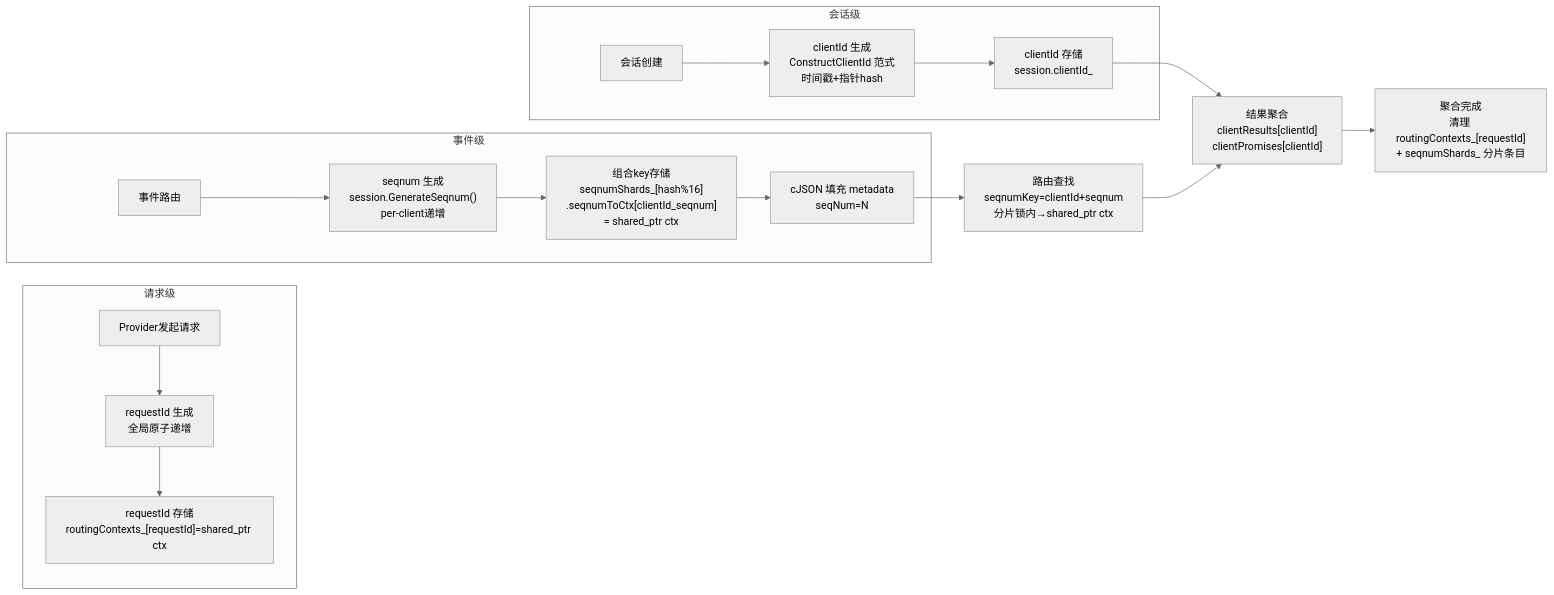
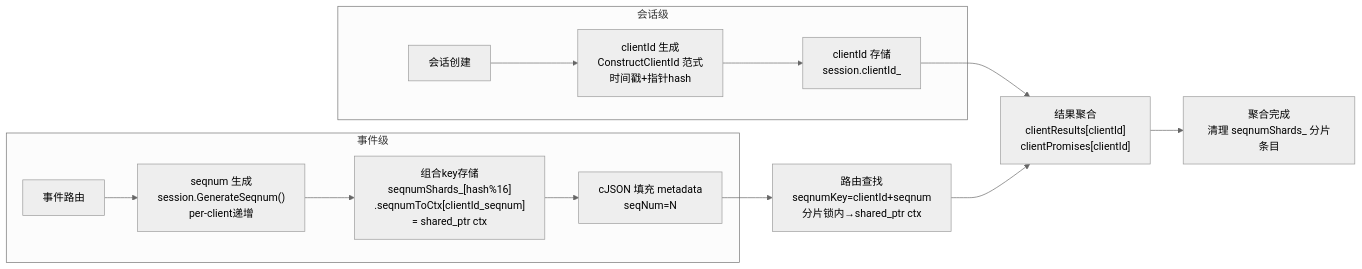
The second of 10 diagrams in .sdd/SR-20260806903302/design-doc.md (eclipse-oniro-mirrors/security_security_guard), drawn with Mermaid (neutral theme) before and after one commit. The commit also changed other lines of this file and 4 other files, not shown here.

First line of the commit message:
refactor: 删除死存储 requestId/routingContexts_

````diff
--- a/.sdd/SR-20260806903302/design-doc.md
+++ b/.sdd/SR-20260806903302/design-doc.md
@@ -138,20 +135,16 @@
 ```mermaid
 flowchart LR
     subgraph 会话级
         A["会话创建"] --> B["clientId 生成\nConstructClientId 范式\n时间戳+指针hash"]
         B --> C["clientId 存储\nsession.clientId_"]
-    end
-    subgraph 请求级
-        D["Provider发起请求"] --> E["requestId 生成\n全局原子递增"]
-        E --> F["requestId 存储\nroutingContexts_[requestId]=shared_ptr ctx"]
     end
     subgraph 事件级
         G["事件路由"] --> H["seqnum 生成\nsession.GenerateSeqnum()\nper-client递增"]
         H --> I["组合key存储\nseqnumShards_[hash%16]\n.seqnumToCtx[clientId_seqnum]\n= shared_ptr ctx"]
         I --> J["cJSON 填充 metadata\nseqNum=N"]
     end
     C --> K["结果聚合\nclientResults[clientId]\nclientPromises[clientId]"]
     J --> L["路由查找\nseqnumKey=clientId+seqnum\n分片锁内→shared_ptr ctx"]
     L --> K
-    K --> M["聚合完成\n清理 routingContexts_[requestId]\n+ seqnumShards_ 分片条目"]
+    K --> M["聚合完成\n清理 seqnumShards_ 分片条目"]
 ```
````
